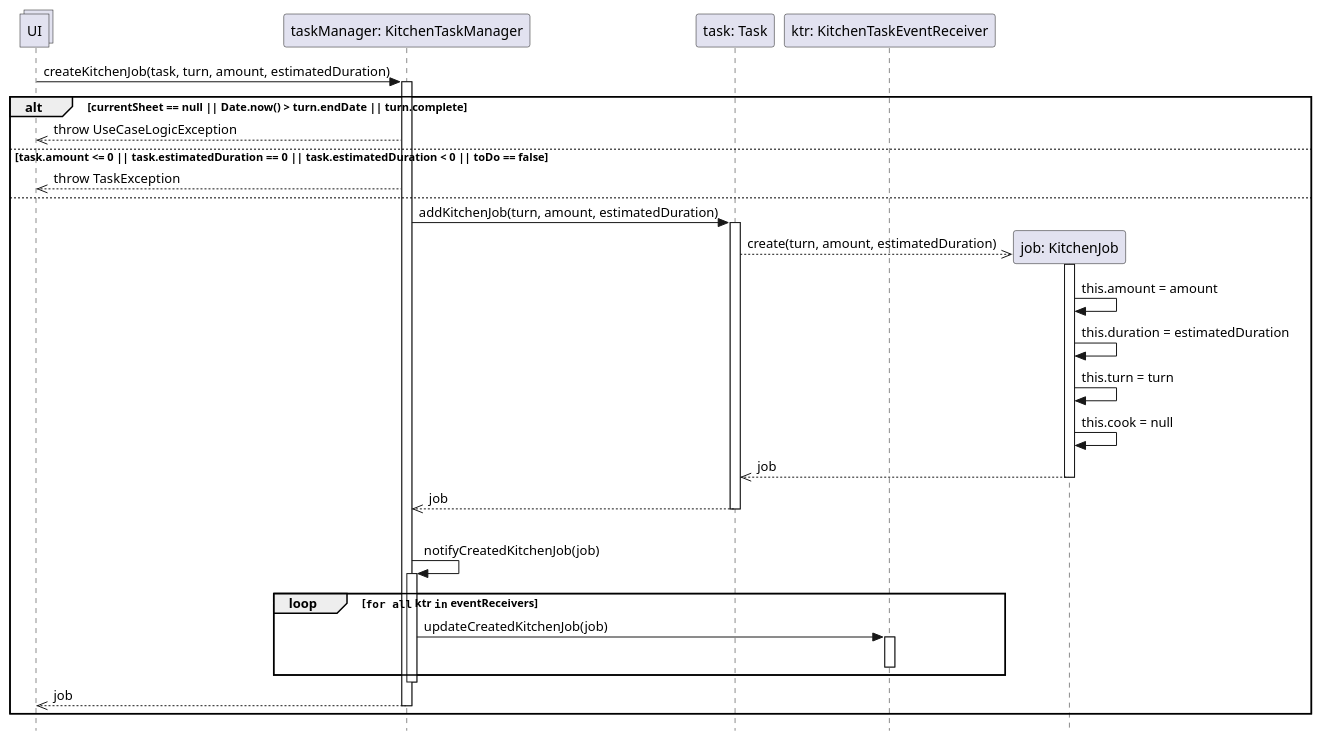
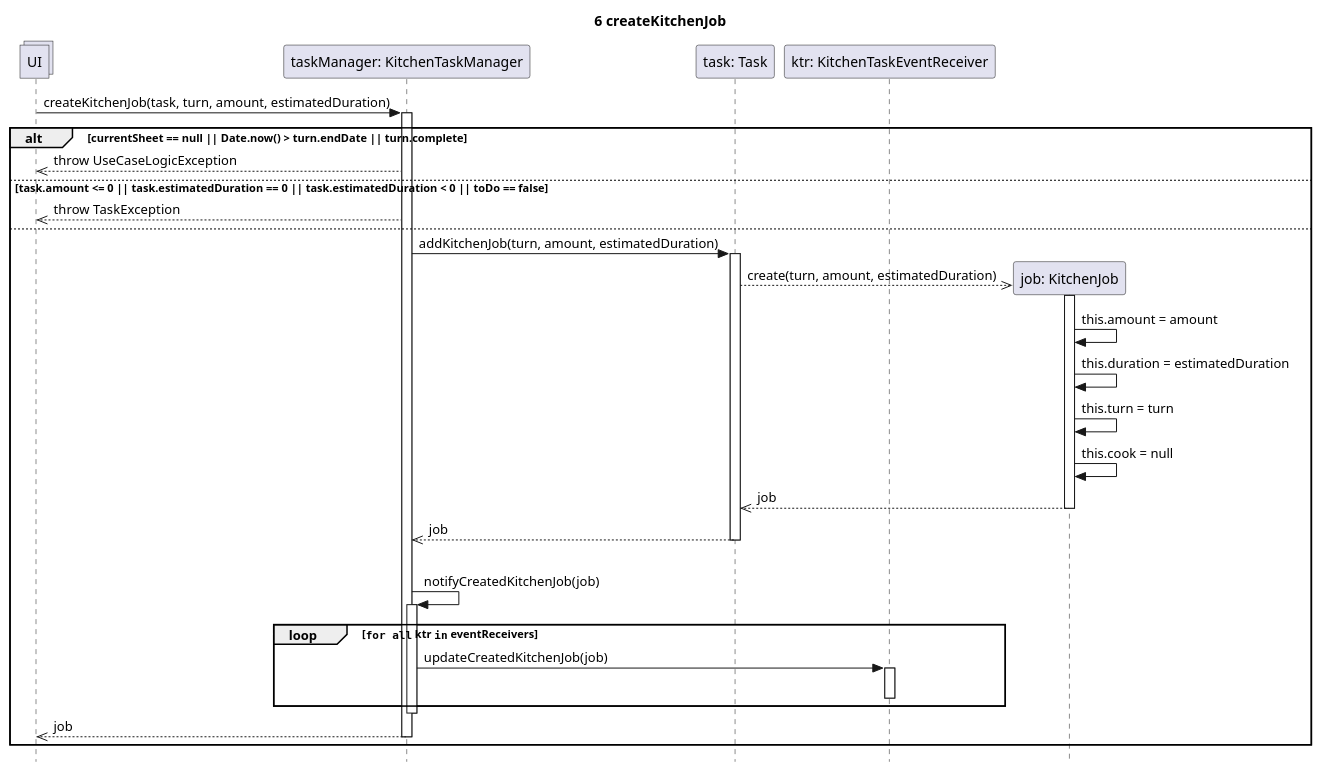
Before and after one commit to stefa168/sas-project: the diagram in UP/Progettazione/UC Gestire Compiti Cucina/DSD/DSD Operazione 6.puml, drawn with PlantUML. The commit also changed 5 other files, not shown here.

```diff
--- a/UP/Progettazione/UC Gestire Compiti Cucina/DSD/DSD Operazione 6.puml
+++ b/UP/Progettazione/UC Gestire Compiti Cucina/DSD/DSD Operazione 6.puml
@@ -1,51 +1,53 @@
 @startuml Operazione 6
 skinparam Style strictuml
+
+title 6 createKitchenJob
 
 collections UI
 
 participant "taskManager: KitchenTaskManager" as tm
 UI -> tm: createKitchenJob(task, turn, amount, estimatedDuration)
 activate tm
 
 participant "task: Task" as task
 participant "ktr: KitchenTaskEventReceiver" as ktr
 
 alt currentSheet == null || Date.now() > turn.endDate || turn.complete
     UI <<-- tm: throw UseCaseLogicException
 else task.amount <= 0 || task.estimatedDuration == 0 || task.estimatedDuration < 0 || toDo == false
     UI <<-- tm: throw TaskException
 else
 
     tm -> task: addKitchenJob(turn, amount, estimatedDuration)
     activate task
 
     participant "job: KitchenJob" as job
     task -->> job**: create(turn, amount, estimatedDuration)
 
     activate job
         job -> job: this.amount = amount
         job -> job: this.duration = estimatedDuration
         job -> job: this.turn = turn
         job -> job: this.cook = null
 
     return job
 
     tm <<-- task: job
     deactivate task
 
     |||
     tm -> tm: notifyCreatedKitchenJob(job)
     activate tm
     loop ""for all"" ktr ""in"" eventReceivers
         tm -> ktr : updateCreatedKitchenJob(job)
         activate ktr
         deactivate ktr
     end
     deactivate tm
 
     UI <<-- tm: job
     deactivate tm
     
 end
 
 @enduml
```
